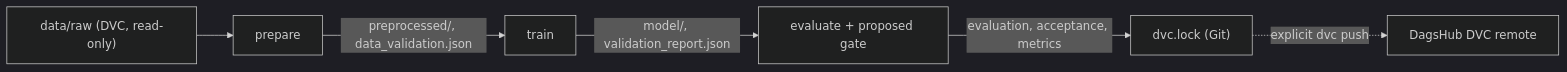
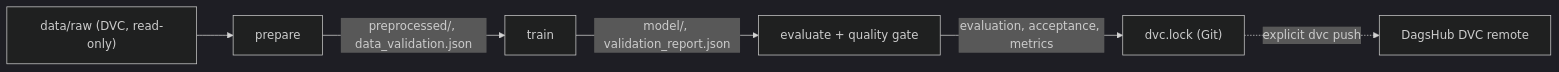
Before and after one commit to SiR1979/prediction_severity_car_accidents: the second of 7 diagrams in docs/architecture.md, drawn with Mermaid (dark theme). The commit also changed other lines of this file and 8 other files, not shown here.

````diff
--- a/docs/architecture.md
+++ b/docs/architecture.md
@@ -167,8 +167,8 @@
 ```mermaid
 flowchart LR
     RAW["data/raw (DVC, read-only)"] --> PREPARE["prepare"]
     PREPARE -->|"preprocessed/, data_validation.json"| TRAIN["train"]
-    TRAIN -->|"model/, validation_report.json"| EVALUATE["evaluate + proposed gate"]
+    TRAIN -->|"model/, validation_report.json"| EVALUATE["evaluate + quality gate"]
     EVALUATE -->|"evaluation, acceptance, metrics"| LOCK["dvc.lock (Git)"]
     LOCK -.->|"explicit dvc push"| REMOTE["DagsHub DVC remote"]
 ```
````
